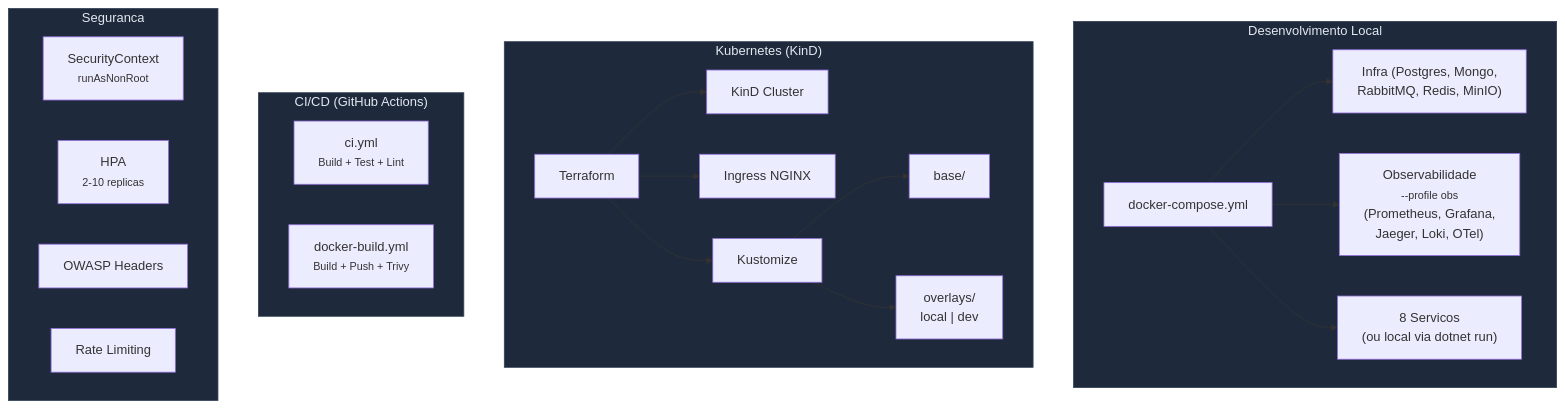
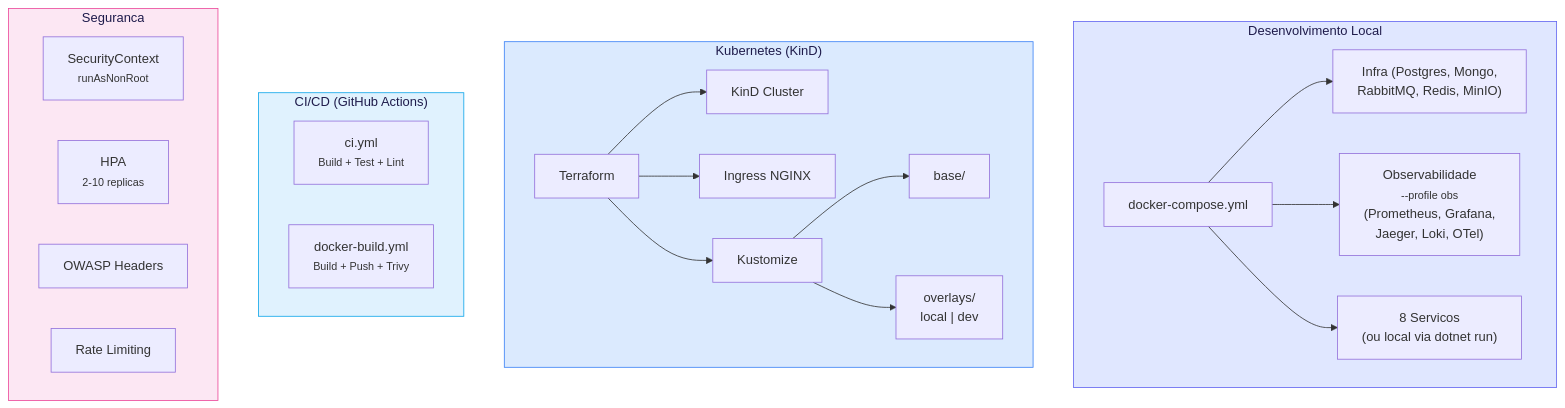
One commit to ArchLens-Fiap/archlens-docs changed the eighth of 8 diagrams in README.md. Above: the diagram before and after it, drawn with Mermaid. The commit also changed other lines of this file, not shown here.

First line of the commit message:
docs: fix README issues (badges, mermaid, dark backgrounds, author line)

````diff
--- a/README.md
+++ b/README.md
@@ -357,35 +356,35 @@
 ```mermaid
 graph TB
     subgraph Local["Desenvolvimento Local"]
         DC["docker-compose.yml"]
         DC --> INFRA["Infra (Postgres, Mongo,<br/>RabbitMQ, Redis, MinIO)"]
         DC --> OBS["Observabilidade<br/><small>--profile obs</small><br/>(Prometheus, Grafana,<br/>Jaeger, Loki, OTel)"]
         DC --> APPS["8 Servicos<br/>(ou local via dotnet run)"]
     end
 
     subgraph K8s["Kubernetes (KinD)"]
         TF["Terraform"]
         TF --> KIND["KinD Cluster"]
         TF --> INGRESS["Ingress NGINX"]
         TF --> KUST["Kustomize"]
         KUST --> BASE["base/"]
         KUST --> OVER["overlays/<br/>local | dev"]
     end
 
     subgraph CI["CI/CD (GitHub Actions)"]
         CI1["ci.yml<br/><small>Build + Test + Lint</small>"]
         CI2["docker-build.yml<br/><small>Build + Push + Trivy</small>"]
     end
 
     subgraph Security["Seguranca"]
         SEC1["SecurityContext<br/><small>runAsNonRoot</small>"]
         SEC2["HPA<br/><small>2-10 replicas</small>"]
         SEC3["OWASP Headers"]
         SEC4["Rate Limiting"]
     end
 
-    style Local fill:#1e293b,stroke:#334155,color:#e2e8f0
-    style K8s fill:#1e293b,stroke:#334155,color:#e2e8f0
-    style CI fill:#1e293b,stroke:#334155,color:#e2e8f0
-    style Security fill:#1e293b,stroke:#334155,color:#e2e8f0
+    style Local fill:#e0e7ff,stroke:#6366f1,color:#1e1b4b
+    style K8s fill:#dbeafe,stroke:#3b82f6,color:#1e1b4b
+    style CI fill:#e0f2fe,stroke:#0ea5e9,color:#1e1b4b
+    style Security fill:#fce7f3,stroke:#ec4899,color:#1e1b4b
 ```
````
